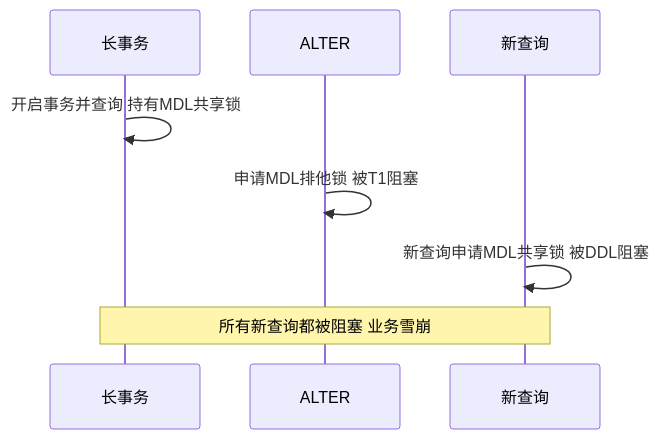
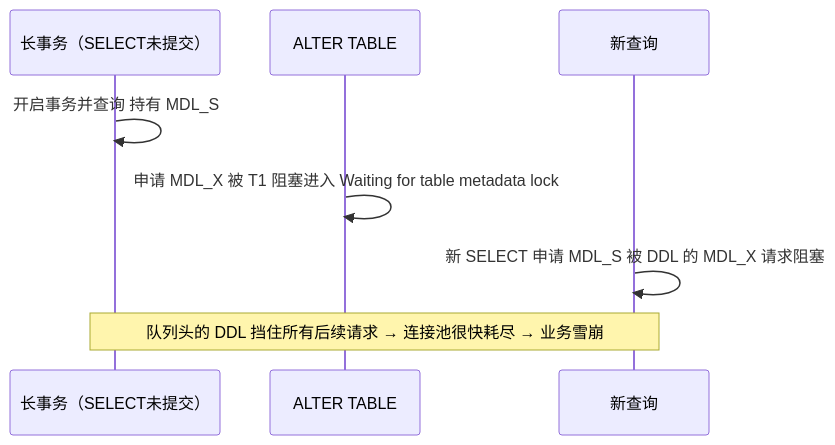
The first of 4 diagrams in docs/03-mysql/08-在线DDL与大表变更.md (b1tzer/b1tzer.github.io), drawn with Mermaid before and after one commit. The commit also changed other lines of this file and 13 other files, not shown here.

Commit message:
feat: 增补多文档图示与踩坑案例，优化结构与表述

````diff
--- a/docs/03-mysql/08-在线DDL与大表变更.md
+++ b/docs/03-mysql/08-在线DDL与大表变更.md
@@ -114,11 +142,11 @@
 ```mermaid
 sequenceDiagram
-    participant T1 as 长事务
-    participant DDL as ALTER
+    participant T1 as 长事务（SELECT未提交）
+    participant DDL as ALTER TABLE
     participant T2 as 新查询
 
-    T1->>T1: 开启事务并查询 持有MDL共享锁
-    DDL->>DDL: 申请MDL排他锁 被T1阻塞
-    T2->>T2: 新查询申请MDL共享锁 被DDL阻塞
-    Note over T1,T2: 所有新查询都被阻塞 业务雪崩
+    T1->>T1: 开启事务并查询 持有 MDL_S
+    DDL->>DDL: 申请 MDL_X 被 T1 阻塞进入 Waiting for table metadata lock
+    T2->>T2: 新 SELECT 申请 MDL_S 被 DDL 的 MDL_X 请求阻塞
+    Note over T1,T2: 队列头的 DDL 挡住所有后续请求 → 连接池很快耗尽 → 业务雪崩
 ```
````
